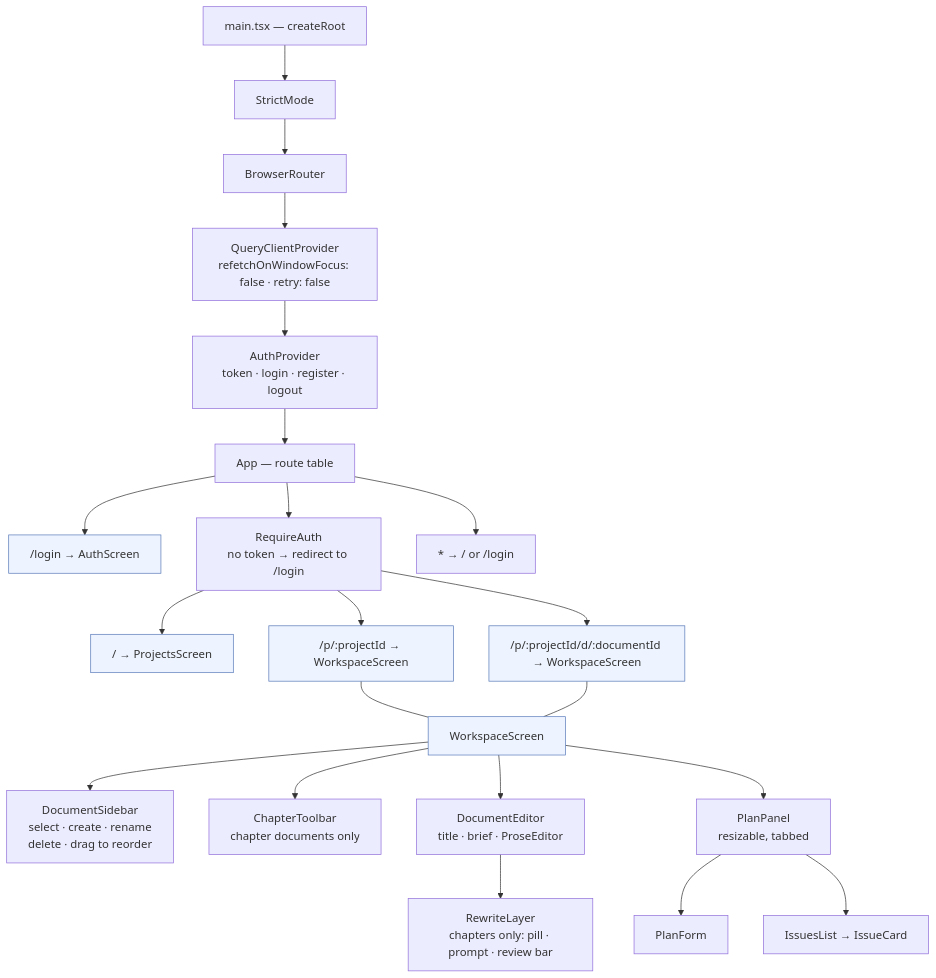
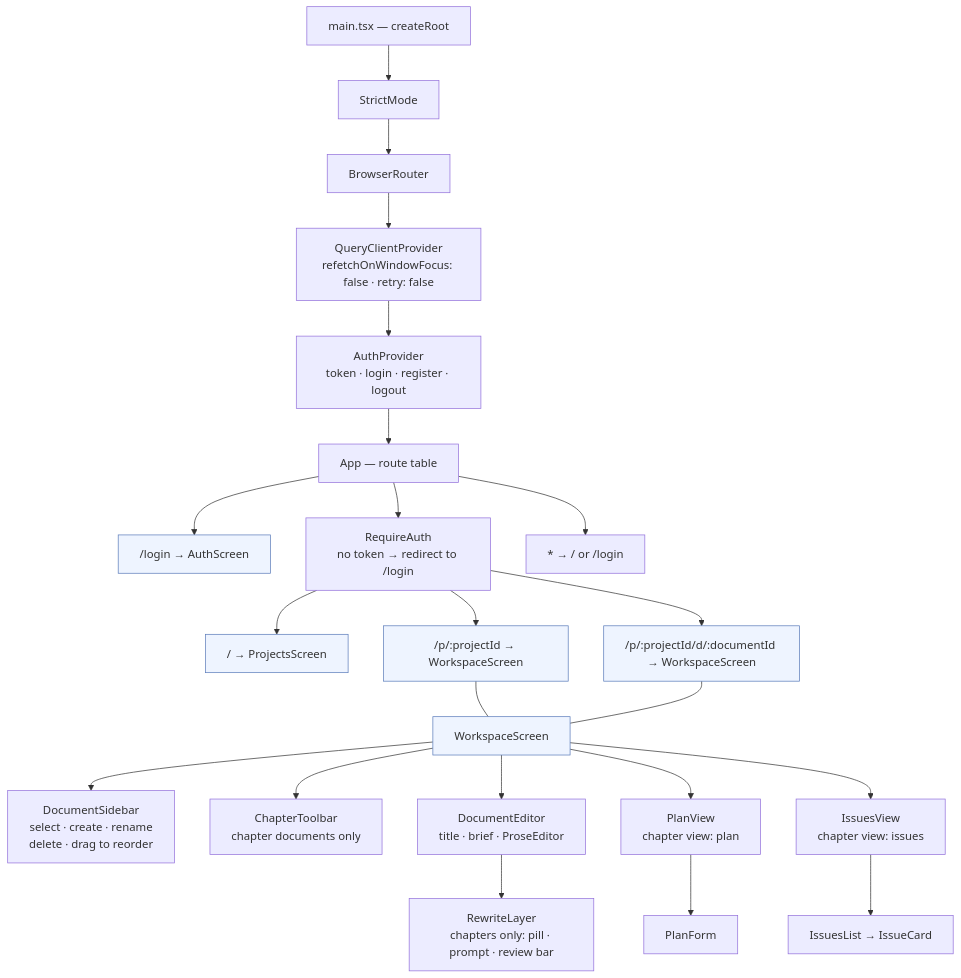
Before and after one commit to Akazz-L/maya: the first of 3 diagrams in docs/diagrams/04-frontend-architecture.md, drawn with Mermaid. The commit also changed other lines of this file and 13 other files, not shown here.

First line of the commit message:
feat: replace the plan panel with Write / Plan / Issues chapter views

````diff
--- a/docs/diagrams/04-frontend-architecture.md
+++ b/docs/diagrams/04-frontend-architecture.md
@@ -8,29 +8,30 @@
 ```mermaid
 graph TD
     ROOT["main.tsx — createRoot"] --> SM["StrictMode"]
     SM --> BR["BrowserRouter"]
     BR --> QCP["QueryClientProvider<br/>refetchOnWindowFocus: false · retry: false"]
     QCP --> AP["AuthProvider<br/>token · login · register · logout"]
     AP --> APP["App — route table"]
 
     APP --> LOGIN["/login → AuthScreen"]
     APP --> GUARD["RequireAuth<br/>no token → redirect to /login"]
     APP --> CATCH["* → / or /login"]
 
     GUARD --> PROJ["/ → ProjectsScreen"]
     GUARD --> WS1["/p/:projectId → WorkspaceScreen"]
     GUARD --> WS2["/p/:projectId/d/:documentId → WorkspaceScreen"]
 
     WS1 --- WS["WorkspaceScreen"]
     WS2 --- WS
     WS --> SIDE["DocumentSidebar<br/>select · create · rename<br/>delete · drag to reorder"]
     WS --> TB["ChapterToolbar<br/>chapter documents only"]
     WS --> ED["DocumentEditor<br/>title · brief · ProseEditor"]
     ED --> RL["RewriteLayer<br/>chapters only: pill · prompt · review bar"]
-    WS --> PP["PlanPanel<br/>resizable, tabbed"]
-    PP --> PF["PlanForm"]
-    PP --> IL["IssuesList → IssueCard"]
+    WS --> PV["PlanView<br/>chapter view: plan"]
+    PV --> PF["PlanForm"]
+    WS --> IV["IssuesView<br/>chapter view: issues"]
+    IV --> IL["IssuesList → IssueCard"]
 
     classDef screen fill:#eef4ff,stroke:#5b7cba
     class LOGIN,PROJ,WS1,WS2,WS screen
 ```
````
